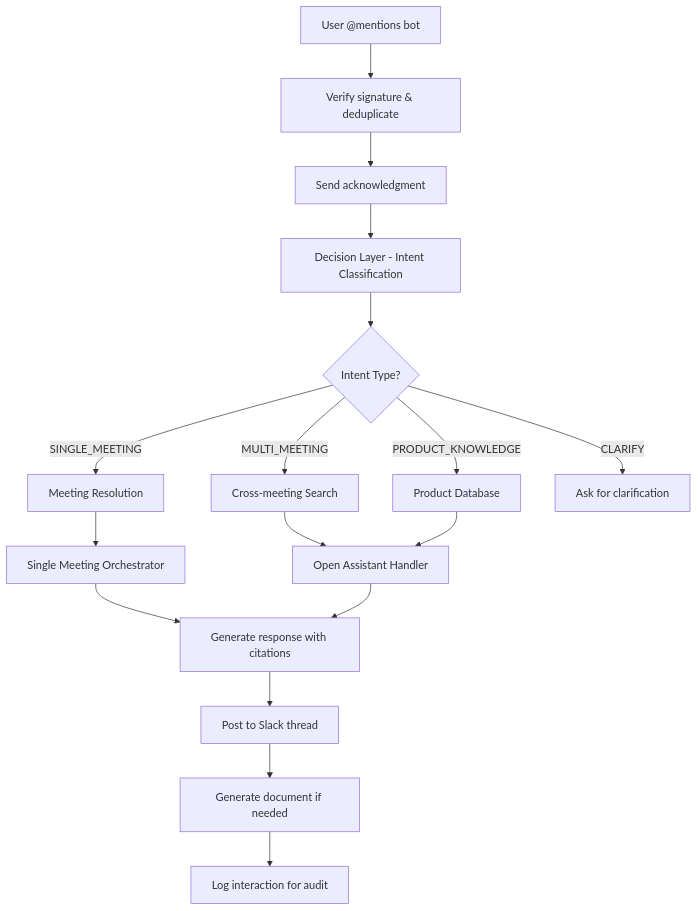
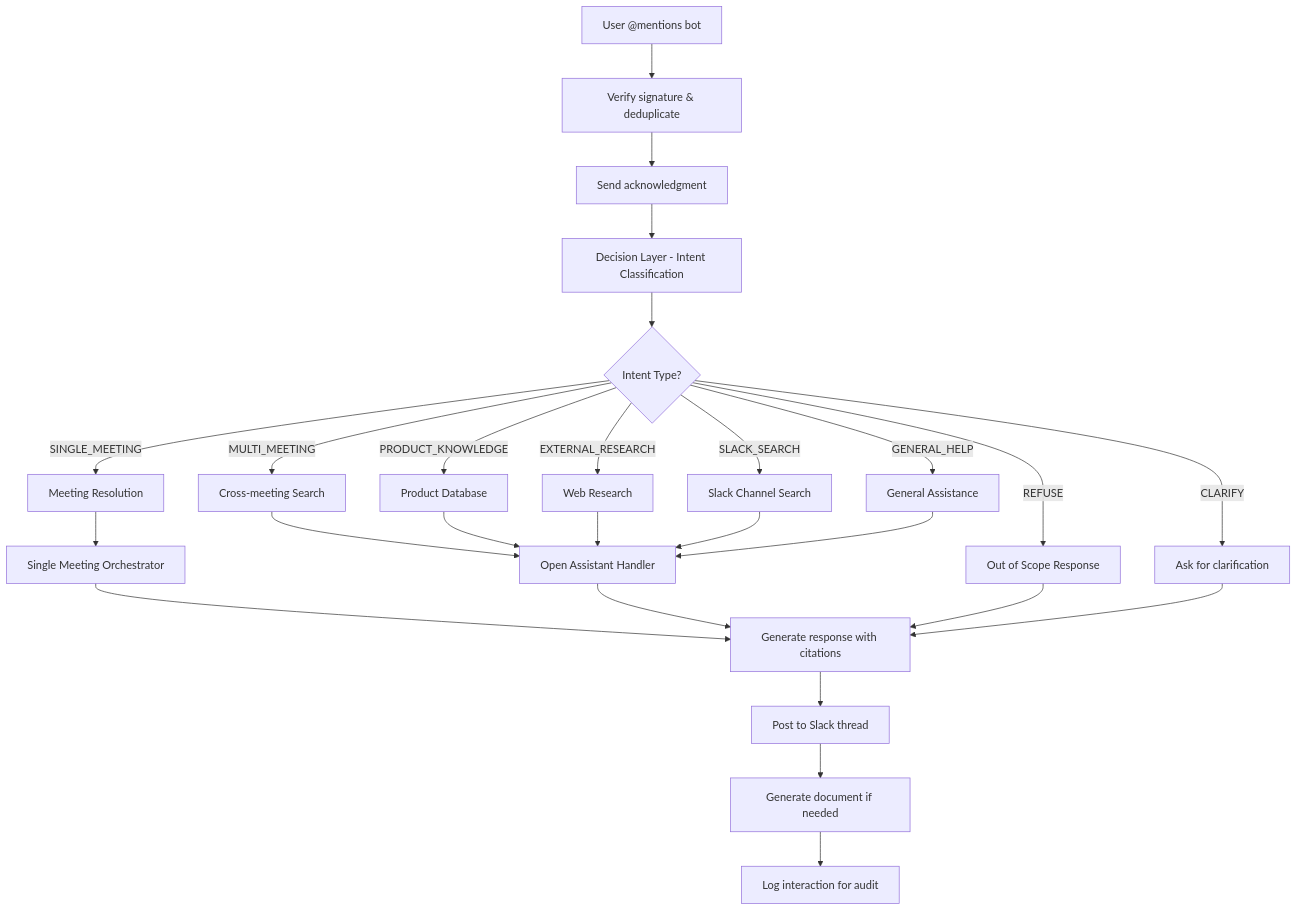
Before and after one commit to Ops-Team-Leverege/Mustard: the second of 2 diagrams in docs/SYSTEM_CONCEPTUAL_MAP.md, drawn with Mermaid. The commit also changed other lines of this file and 2 other files, not shown here.

Commit message:
docs: fix documentation errors and improve clarity
- Fixed Decision Layer Flow to show LLM-based classification with minimal fast-paths
- Clarified naming: Mustard = transcript processing, PitCrew Sauce = Slack bot
- Added all 8 intents to Slack Query Processing Flow (EXTERNAL_RESEARCH, SLACK_SEARCH, GENERAL_HELP, REFUSE)
- Added Single Meeting Orchestrator description with core invariants and data access patterns
- Enhanced diagrams with more detail: specific database tables, contract chain execution steps
- Added contract chain explanation with concrete example (PATTERN_ANALYSIS → COMPARISON → DRAFT_RESPONSE)
- Improved Data Flow Patterns section with contract chain details

````diff
--- a/docs/SYSTEM_CONCEPTUAL_MAP.md
+++ b/docs/SYSTEM_CONCEPTUAL_MAP.md
@@ -205,19 +205,28 @@
 ```mermaid
 graph TD
     A[User @mentions bot] --> B[Verify signature & deduplicate]
     B --> C[Send acknowledgment]
     C --> D[Decision Layer - Intent Classification]
     D --> E{Intent Type?}
     E -->|SINGLE_MEETING| F[Meeting Resolution]
     E -->|MULTI_MEETING| G[Cross-meeting Search]
     E -->|PRODUCT_KNOWLEDGE| H[Product Database]
-    E -->|CLARIFY| I[Ask for clarification]
-    F --> J[Single Meeting Orchestrator]
-    G --> K[Open Assistant Handler]
-    H --> K
-    J --> L[Generate response with citations]
-    K --> L
-    L --> M[Post to Slack thread]
-    M --> N[Generate document if needed]
-    N --> O[Log interaction for audit]
+    E -->|EXTERNAL_RESEARCH| I[Web Research]
+    E -->|SLACK_SEARCH| J[Slack Channel Search]
+    E -->|GENERAL_HELP| K[General Assistance]
+    E -->|REFUSE| L[Out of Scope Response]
+    E -->|CLARIFY| M[Ask for clarification]
+    F --> N[Single Meeting Orchestrator]
+    G --> O[Open Assistant Handler]
+    H --> O
+    I --> O
+    J --> O
+    K --> O
+    N --> P[Generate response with citations]
+    O --> P
+    L --> P
+    M --> P
+    P --> Q[Post to Slack thread]
+    Q --> R[Generate document if needed]
+    R --> S[Log interaction for audit]
 ```
````
